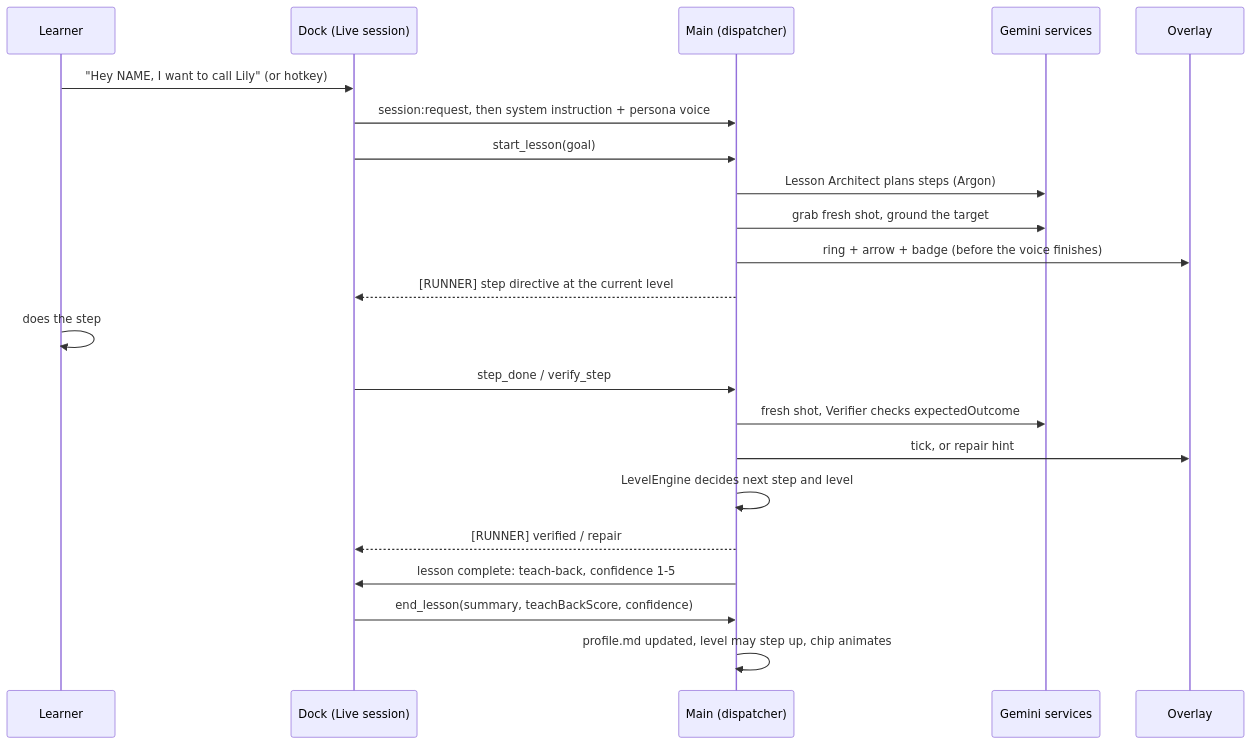
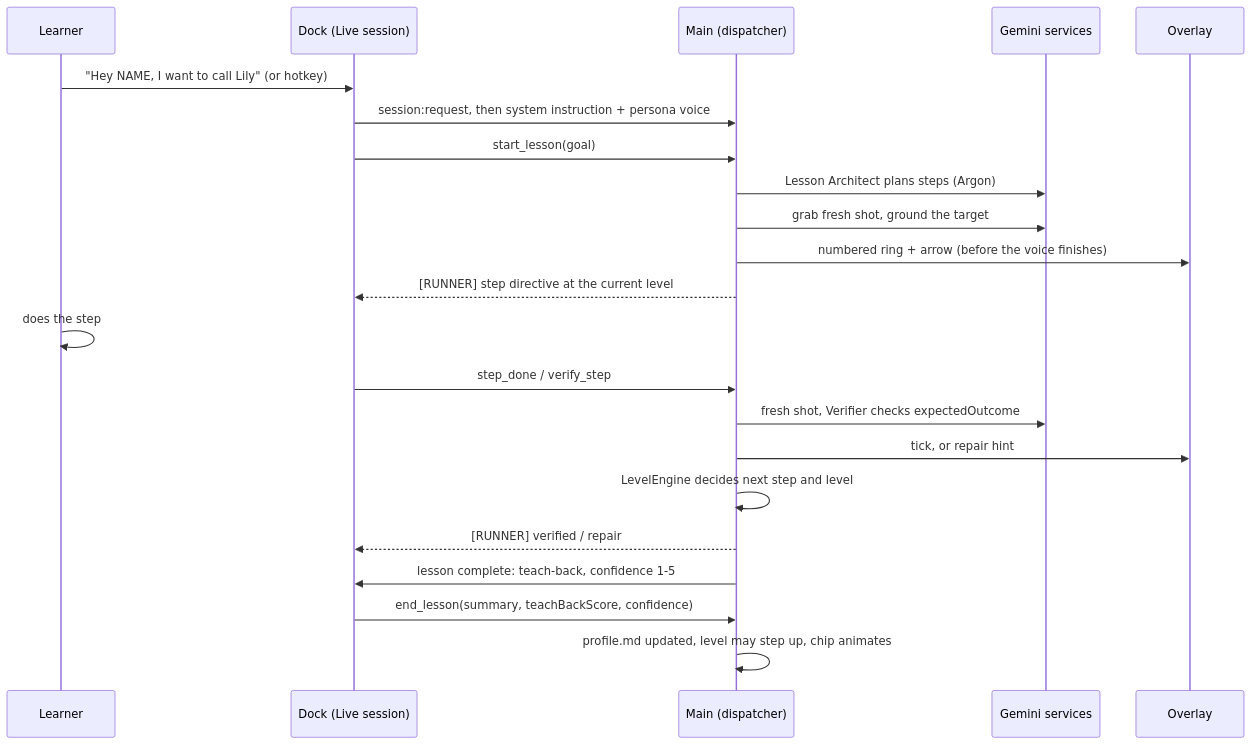
One commit to suhaanm/deepmind-hackathon changed the second of 2 diagrams in README.md. Above: the diagram before and after it, drawn with Mermaid. The commit also changed other lines of this file and 405 other files, not shown here.

````diff
--- a/README.md
+++ b/README.md
@@ -105,24 +109,24 @@
 ```mermaid
 sequenceDiagram
   participant U as Learner
   participant D as Dock (Live session)
   participant M as Main (dispatcher)
   participant G as Gemini services
   participant O as Overlay
   U->>D: "Hey NAME, I want to call Lily" (or hotkey)
   D->>M: session:request, then system instruction + persona voice
   D->>M: start_lesson(goal)
   M->>G: Lesson Architect plans steps (Argon)
   M->>G: grab fresh shot, ground the target
-  M->>O: ring + arrow + badge (before the voice finishes)
+  M->>O: numbered ring + arrow (before the voice finishes)
   M-->>D: [RUNNER] step directive at the current level
   U->>U: does the step
   D->>M: step_done / verify_step
   M->>G: fresh shot, Verifier checks expectedOutcome
   M->>O: tick, or repair hint
   M->>M: LevelEngine decides next step and level
   M-->>D: [RUNNER] verified / repair
   M->>D: lesson complete: teach-back, confidence 1-5
   D->>M: end_lesson(summary, teachBackScore, confidence)
   M->>M: profile.md updated, level may step up, chip animates
 ```
````
